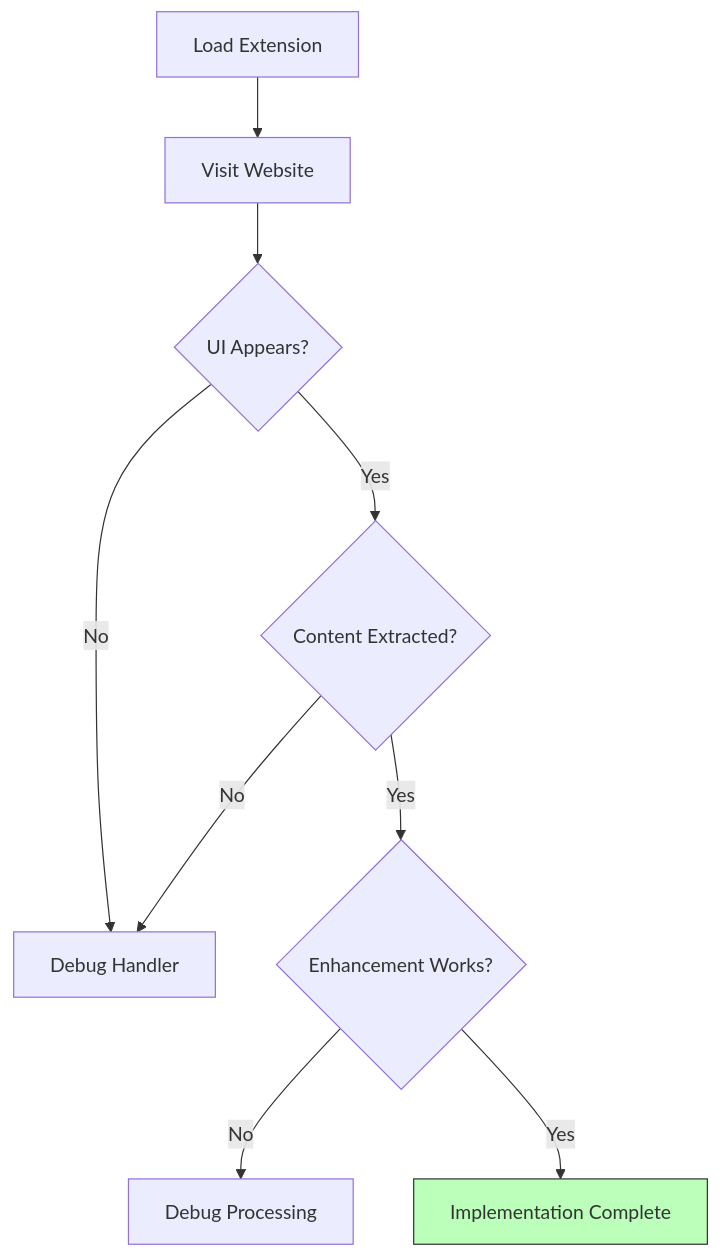
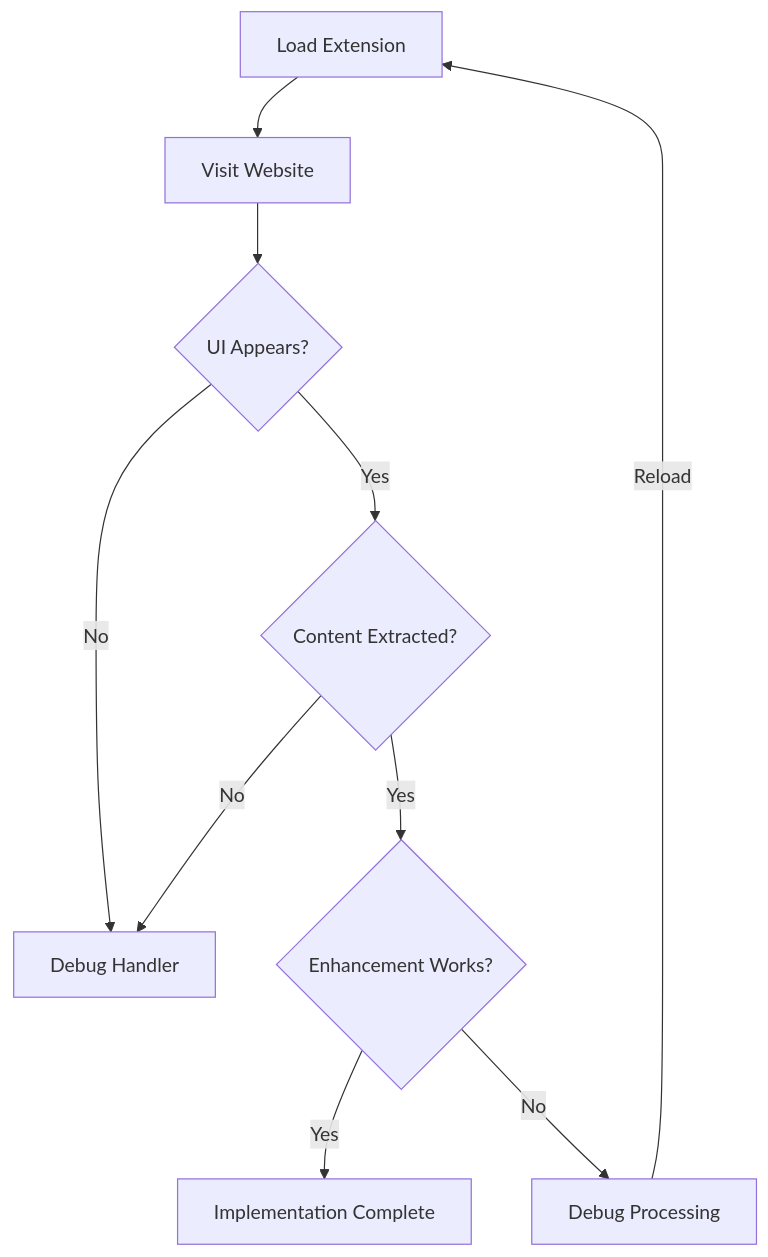
One commit to Life-Experimentalist/RanobeGemini changed the sixth of 6 diagrams in docs/guides/ADDING_NEW_WEBSITES.md. Above: the diagram before and after it, drawn with Mermaid. The commit also changed other lines of this file and 10 other files, not shown here.

````diff
--- a/docs/guides/ADDING_NEW_WEBSITES.md
+++ b/docs/guides/ADDING_NEW_WEBSITES.md
@@ -278,13 +278,12 @@
 ```mermaid
 flowchart TD
     A[Load Extension] --> B[Visit Website]
     B --> C{UI Appears?}
     C -->|No| D[Debug Handler]
     C -->|Yes| E{Content Extracted?}
     E -->|No| D
     E -->|Yes| F{Enhancement Works?}
+    F -->|Yes| H[Implementation Complete]
     F -->|No| G[Debug Processing]
-    F -->|Yes| H[Implementation Complete]
-
-    style H fill:#bfb,stroke:#333
+	G -->|Reload| A[Load Extension]
 ```
````
